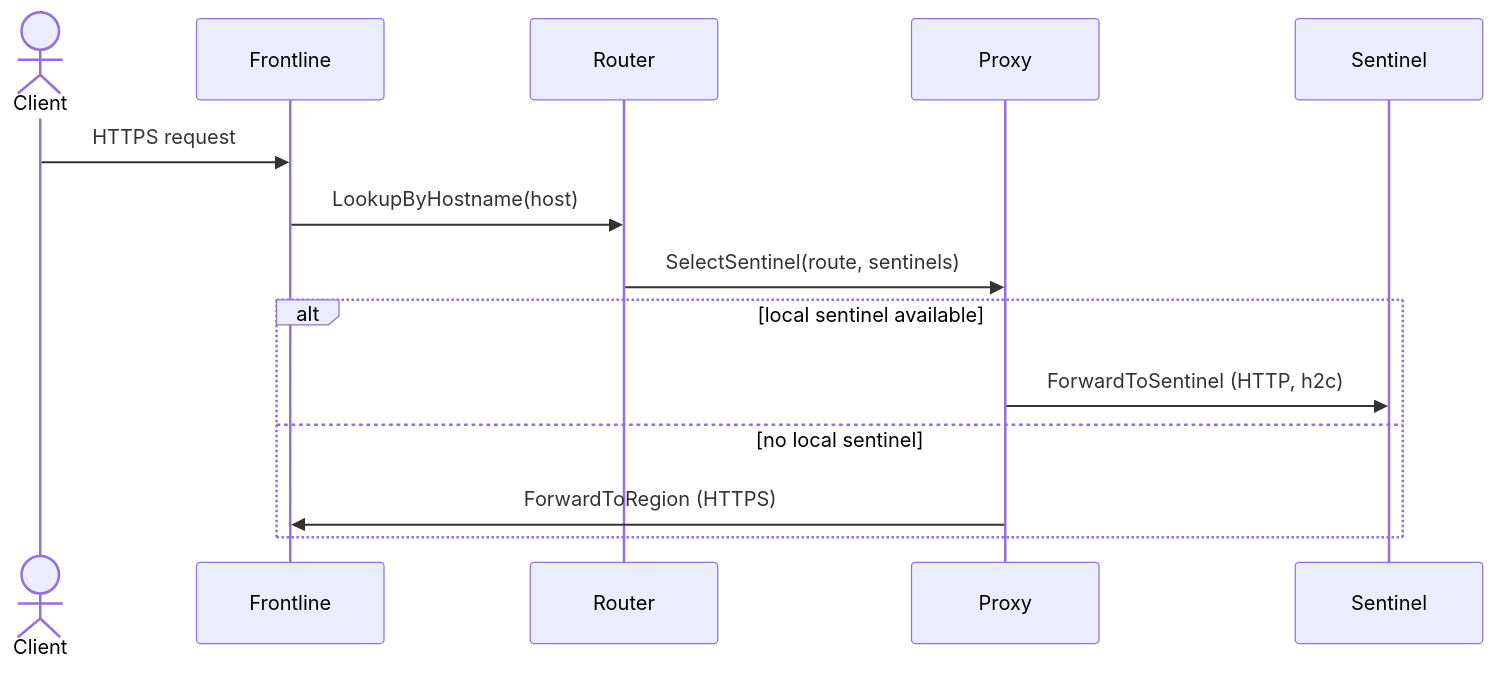
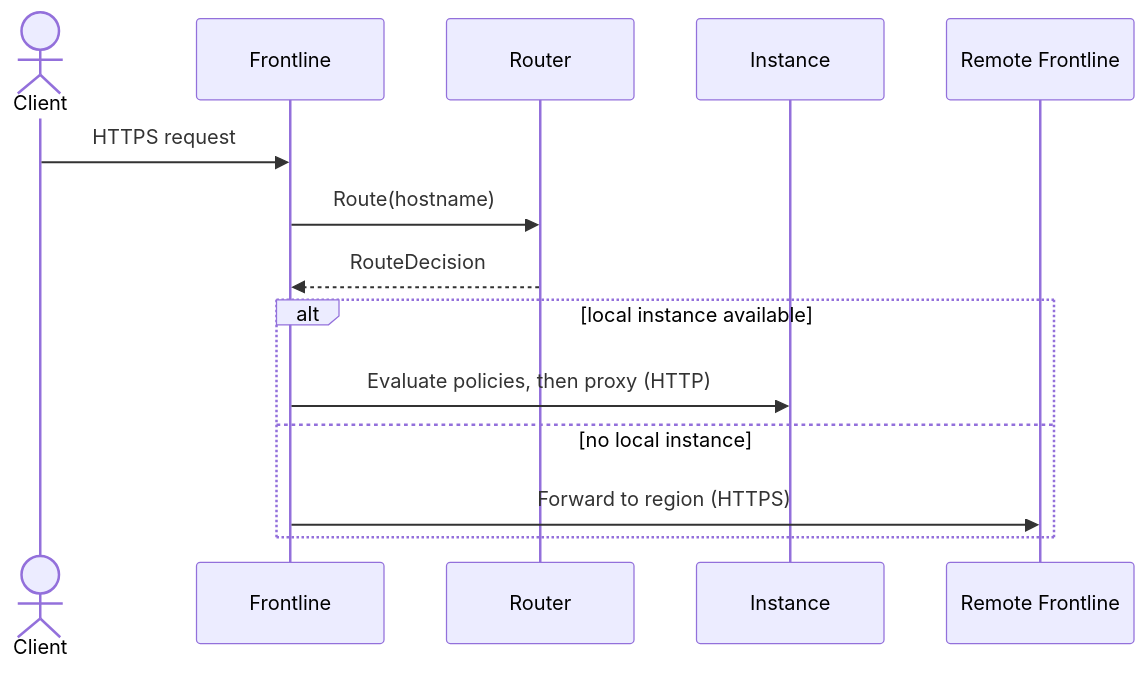
Before and after one commit to unkeyed/unkey: the diagram in docs/engineering/architecture/services/frontline/routing.mdx, drawn with Mermaid. The commit also changed other lines of this file and 66 other files, not shown here.

````diff
--- a/docs/engineering/architecture/services/frontline/routing.mdx
+++ b/docs/engineering/architecture/services/frontline/routing.mdx
@@ -15,17 +15,17 @@
 ```mermaid
 sequenceDiagram
   actor Client
   participant Frontline as Frontline
   participant Router as Router
-  participant Proxy as Proxy
-  participant Sentinel as Sentinel
+  participant Instance as Instance
+  participant Remote as Remote Frontline
 
   Client->>Frontline: HTTPS request
-  Frontline->>Router: LookupByHostname(host)
-  Router->>Proxy: SelectSentinel(route, sentinels)
-  alt local sentinel available
-    Proxy->>Sentinel: ForwardToSentinel (HTTP, h2c)
-  else no local sentinel
-    Proxy->>Frontline: ForwardToRegion (HTTPS)
+  Frontline->>Router: Route(hostname)
+  Router-->>Frontline: RouteDecision
+  alt local instance available
+    Frontline->>Instance: Evaluate policies, then proxy (HTTP)
+  else no local instance
+    Frontline->>Remote: Forward to region (HTTPS)
   end
 ```
````
